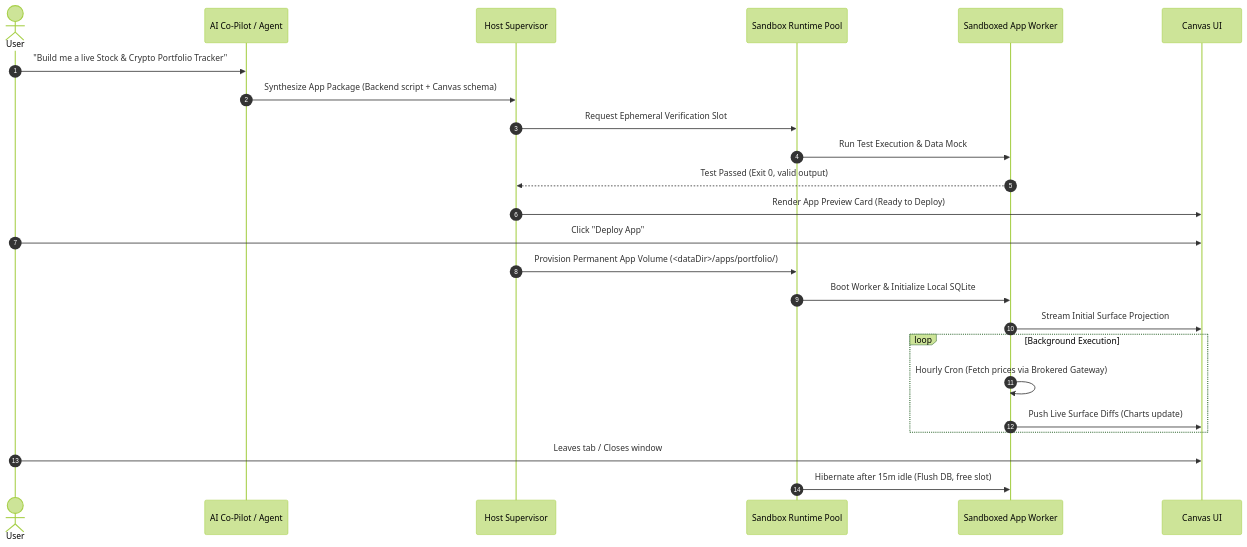
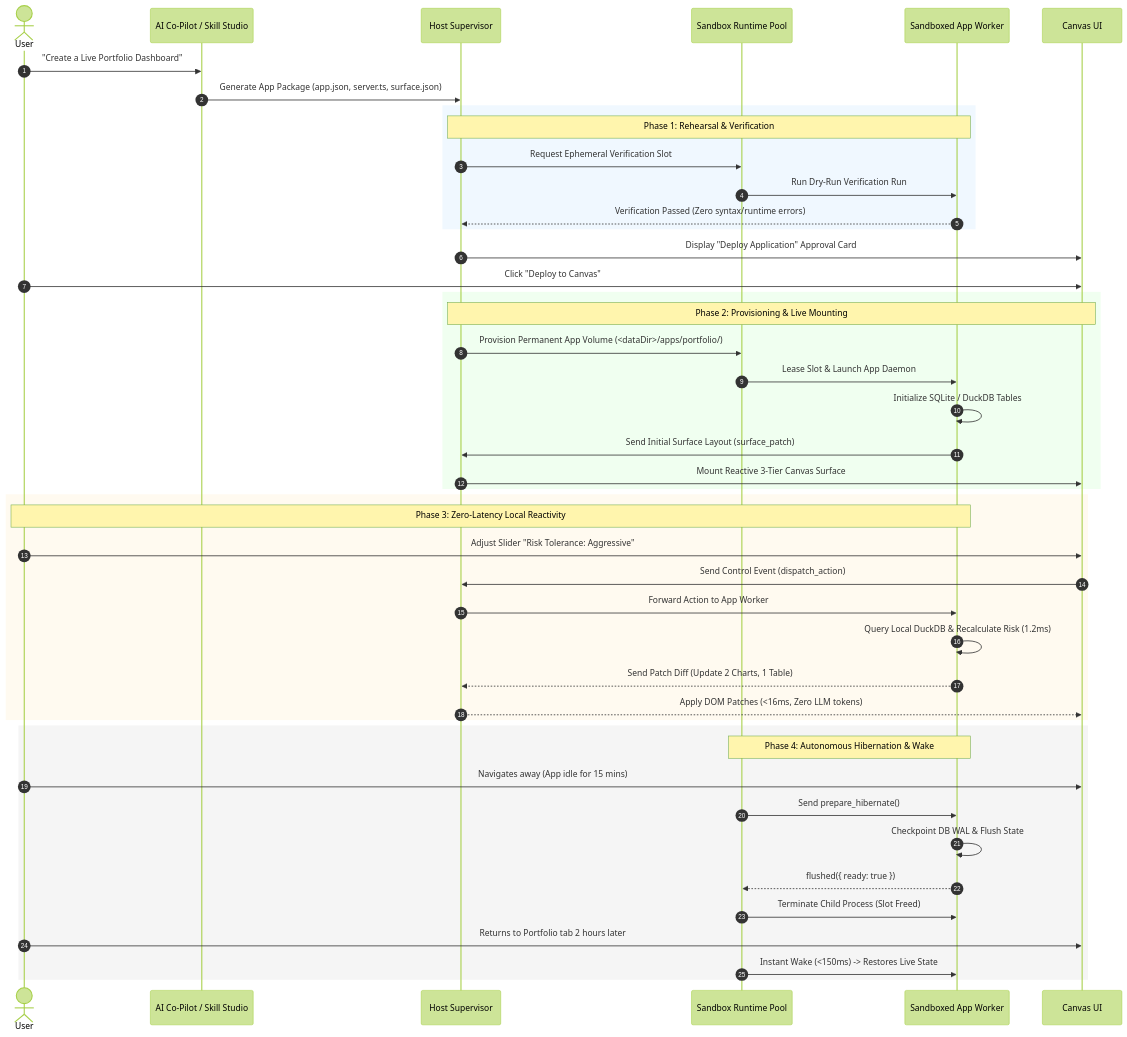
Before and after one commit to nranjan2code/vakyartha: the third of 5 diagrams in docs/sandboxed-apps/ARCHITECTURE.md, drawn with Mermaid (forest theme). The commit also changed other lines of this file and 1 other file, not shown here.

Commit message:
docs(sandboxed-apps): expand enterprise architecture specification for mini-cloud and dynamic apps

````diff
--- a/docs/sandboxed-apps/ARCHITECTURE.md
+++ b/docs/sandboxed-apps/ARCHITECTURE.md
@@ -158,27 +328,53 @@
 ```mermaid
 sequenceDiagram
     autonumber
     actor User
-    participant Agent as AI Co-Pilot / Agent
+    participant Agent as AI Co-Pilot / Skill Studio
     participant Sup as Host Supervisor
     participant Pool as Sandbox Runtime Pool
     participant Worker as Sandboxed App Worker
     participant Canvas as Canvas UI
 
-    User->>Agent: "Build me a live Stock & Crypto Portfolio Tracker"
-    Agent->>Sup: Synthesize App Package (Backend script + Canvas schema)
-    Sup->>Pool: Request Ephemeral Verification Slot
-    Pool->>Worker: Run Test Execution & Data Mock
-    Worker-->>Sup: Test Passed (Exit 0, valid output)
-    Sup->>Canvas: Render App Preview Card (Ready to Deploy)
-    User->>Canvas: Click "Deploy App"
-    Sup->>Pool: Provision Permanent App Volume (<dataDir>/apps/portfolio/)
-    Pool->>Worker: Boot Worker & Initialize Local SQLite
-    Worker->>Canvas: Stream Initial Surface Projection
-    loop Background Execution
-        Worker->>Worker: Hourly Cron (Fetch prices via Brokered Gateway)
-        Worker->>Canvas: Push Live Surface Diffs (Charts update)
+    User->>Agent: "Create a Live Portfolio Dashboard"
+    Agent->>Sup: Generate App Package (app.json, server.ts, surface.json)
+    
+    rect rgb(240, 248, 255)
+        note over Sup,Worker: Phase 1: Rehearsal & Verification
+        Sup->>Pool: Request Ephemeral Verification Slot
+        Pool->>Worker: Run Dry-Run Verification Run
+        Worker-->>Sup: Verification Passed (Zero syntax/runtime errors)
     end
-    User->>Canvas: Leaves tab / Closes window
-    Pool->>Worker: Hibernate after 15m idle (Flush DB, free slot)
+    
+    Sup->>Canvas: Display "Deploy Application" Approval Card
+    User->>Canvas: Click "Deploy to Canvas"
+    
+    rect rgb(240, 255, 240)
+        note over Sup,Canvas: Phase 2: Provisioning & Live Mounting
+        Sup->>Pool: Provision Permanent App Volume (<dataDir>/apps/portfolio/)
+        Pool->>Worker: Lease Slot & Launch App Daemon
+        Worker->>Worker: Initialize SQLite / DuckDB Tables
+        Worker->>Sup: Send Initial Surface Layout (surface_patch)
+        Sup->>Canvas: Mount Reactive 3-Tier Canvas Surface
+    end
+
+    rect rgb(255, 250, 240)
+        note over User,Worker: Phase 3: Zero-Latency Local Reactivity
+        User->>Canvas: Adjust Slider "Risk Tolerance: Aggressive"
+        Canvas->>Sup: Send Control Event (dispatch_action)
+        Sup->>Worker: Forward Action to App Worker
+        Worker->>Worker: Query Local DuckDB & Recalculate Risk (1.2ms)
+        Worker-->>Sup: Send Patch Diff (Update 2 Charts, 1 Table)
+        Sup-->>Canvas: Apply DOM Patches (<16ms, Zero LLM tokens)
+    end
+
+    rect rgb(245, 245, 245)
+        note over Pool,Worker: Phase 4: Autonomous Hibernation & Wake
+        User->>Canvas: Navigates away (App idle for 15 mins)
+        Pool->>Worker: Send prepare_hibernate()
+        Worker->>Worker: Checkpoint DB WAL & Flush State
+        Worker-->>Pool: flushed({ ready: true })
+        Pool->>Worker: Terminate Child Process (Slot Freed)
+        User->>Canvas: Returns to Portfolio tab 2 hours later
+        Pool->>Worker: Instant Wake (<150ms) -> Restores Live State
+    end
 ```
````
